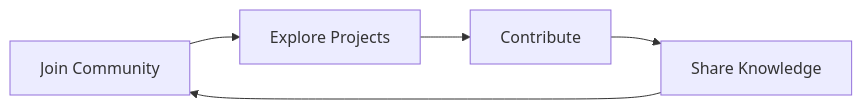
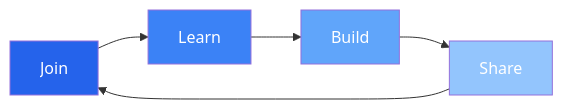
One commit to scripterscollective/.github changed the diagram in profile/README.md. Above: the diagram before and after it, drawn with Mermaid. The commit also changed other lines of this file, not shown here.

````diff
--- a/profile/README.md
+++ b/profile/README.md
@@ -56,7 +69,11 @@
 ```mermaid
 graph LR
-    A[Join Community] --> B[Explore Projects]
-    B --> C[Contribute]
-    C --> D[Share Knowledge]
+    A[Join] --> B[Learn]
+    B --> C[Build]
+    C --> D[Share]
     D --> A
+    style A fill:#2563eb,color:#fff
+    style B fill:#3b82f6,color:#fff
+    style C fill:#60a5fa,color:#fff
+    style D fill:#93c5fd,color:#fff
 ```
````
